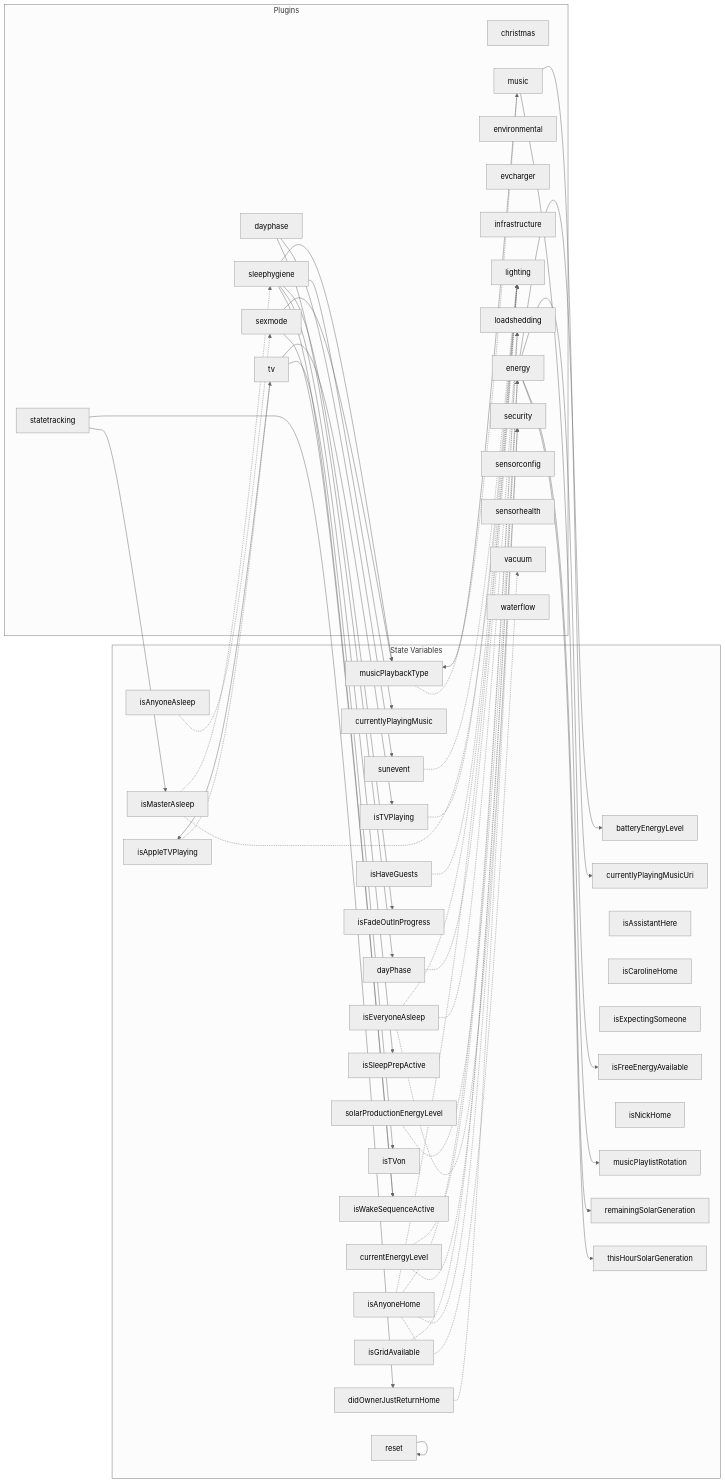
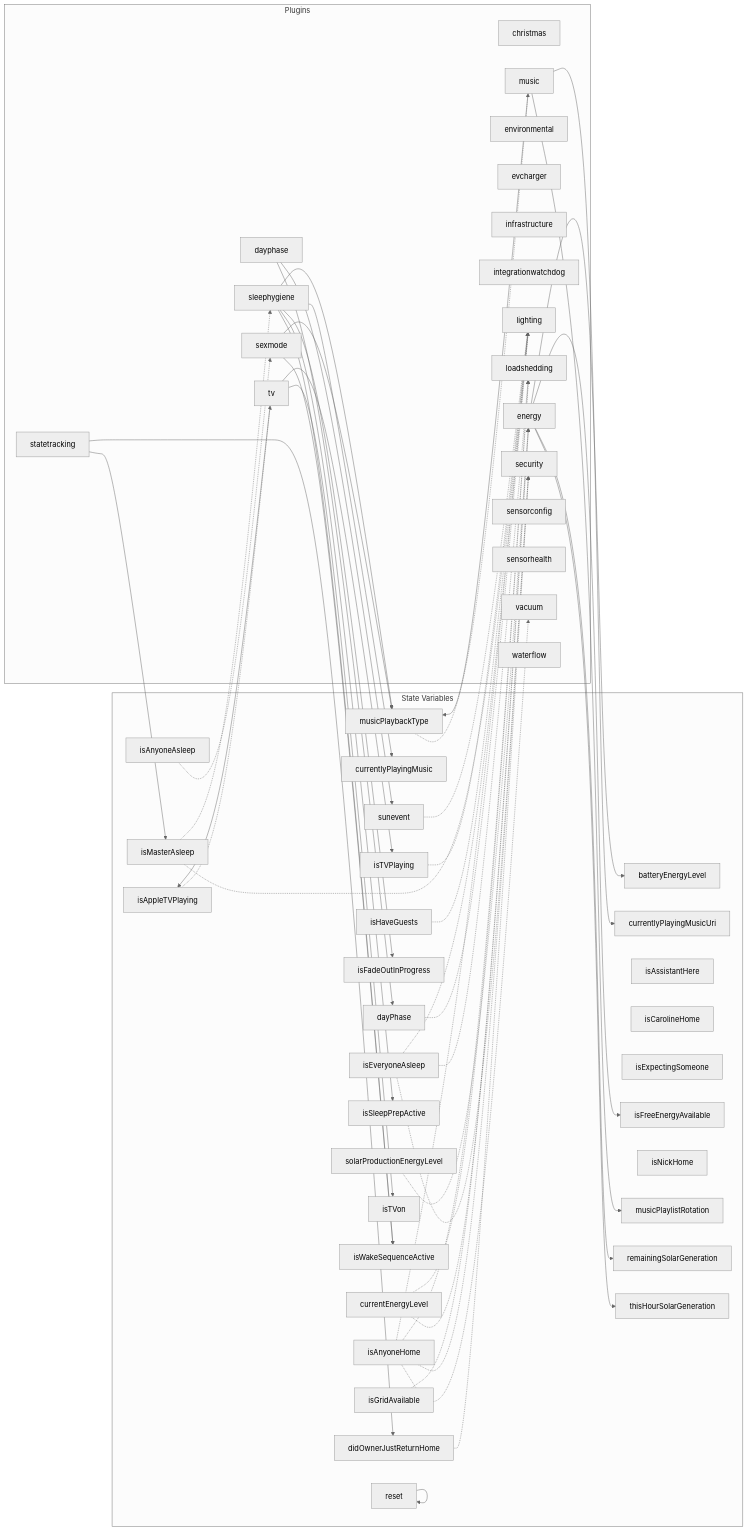
One commit to NickBorgers/home-automation changed the diagram in docs/generated/plugin-dependencies.md. Above: the diagram before and after it, drawn with Mermaid (neutral theme). The commit also changed 15 other files, not shown here.

```diff
--- a/docs/generated/plugin-dependencies.md
+++ b/docs/generated/plugin-dependencies.md
@@ -44,6 +44,7 @@
         environmental["environmental"]
         evcharger["evcharger"]
         infrastructure["infrastructure"]
+        integrationwatchdog["integrationwatchdog"]
         lighting["lighting"]
         loadshedding["loadshedding"]
         music["music"]
```
